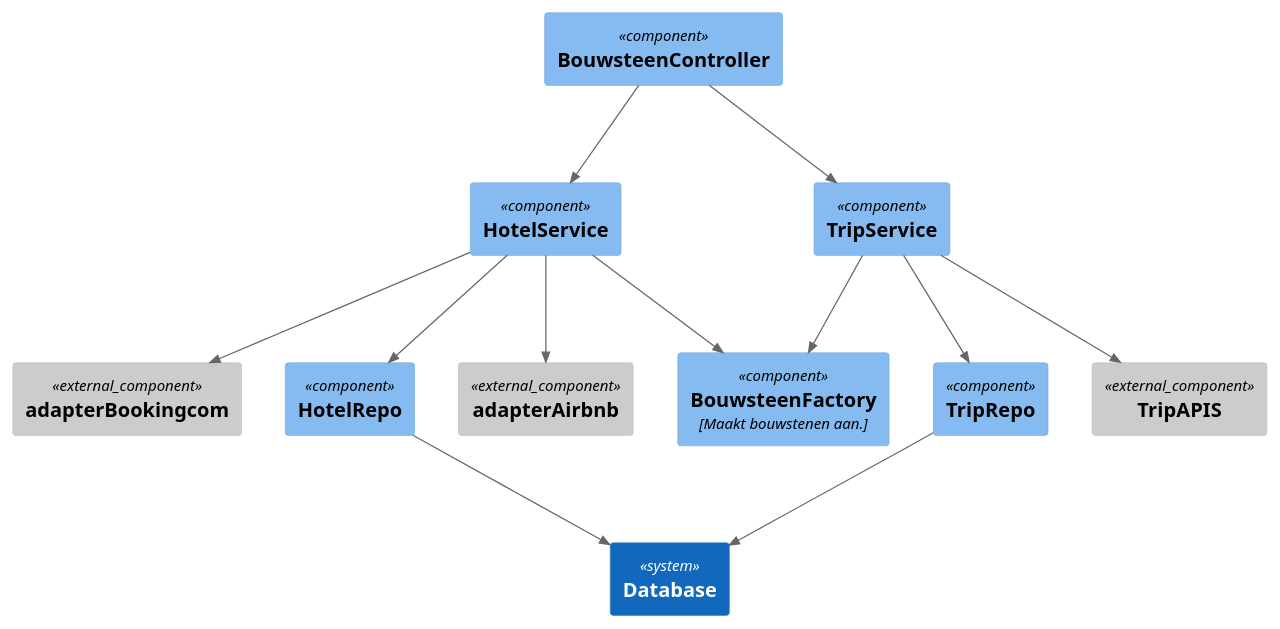
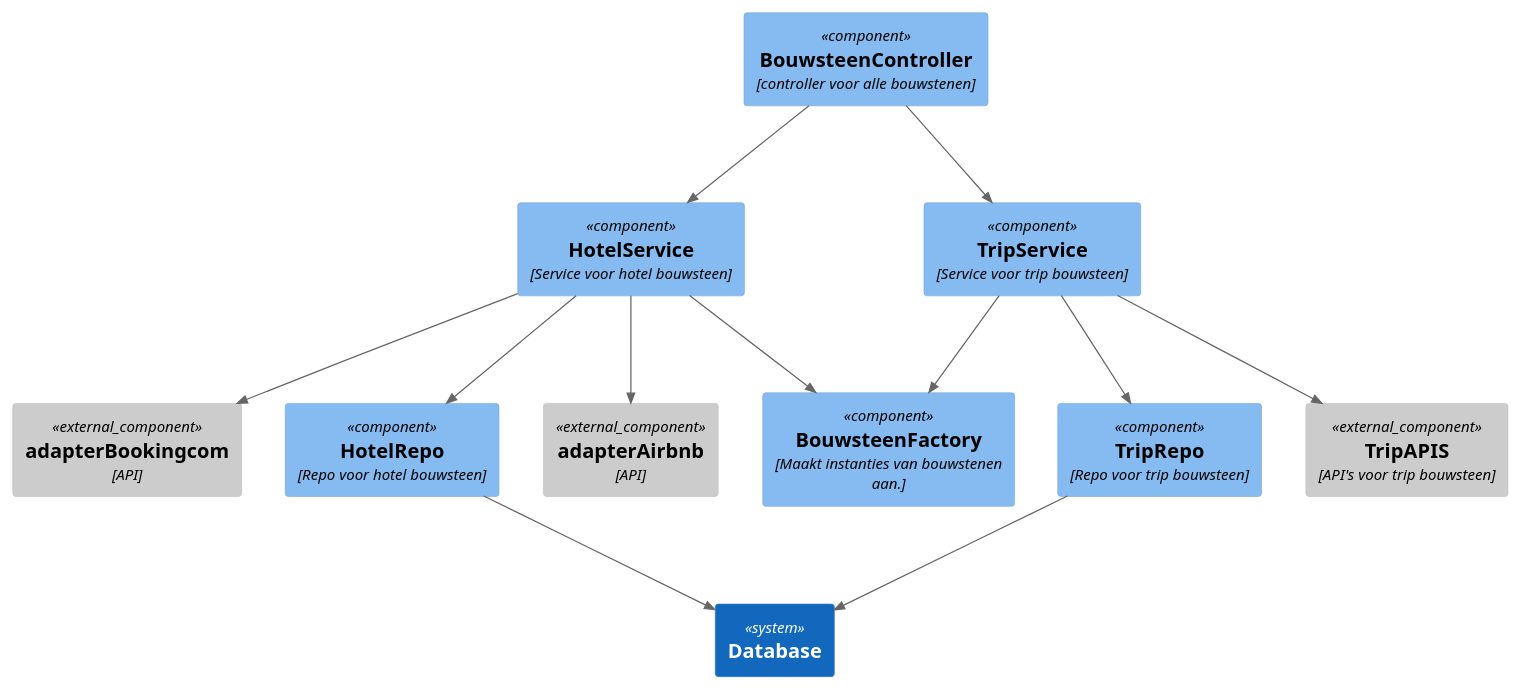
The diagram in opdracht-diagrammen/Diagrammen studenten/Week 2/Samengevoegd componentdiagram.puml (AIM-ENE-feb25/triptop-dravende-dikdiks), drawn with PlantUML before and after one commit.

Commit message:
Update Samengevoegd componentdiagram.puml

```diff
--- a/opdracht-diagrammen/Diagrammen studenten/Week 2/Samengevoegd componentdiagram.puml
+++ b/opdracht-diagrammen/Diagrammen studenten/Week 2/Samengevoegd componentdiagram.puml
@@ -1,37 +1,37 @@
 @startuml
 !include https://raw.githubusercontent.com/plantuml-stdlib/C4-PlantUML/master/C4_Component.puml
 
-Component("bc", "BouwsteenController")
-Component("hr", "HotelRepo")
-Component("tr", "TripRepo")
-Component("bsf", "BouwsteenFactory", "Maakt bouwstenen aan.")
-Component("hs", "HotelService")
-Component("ts", "TripService")
+Component("bc", "BouwsteenController", "controller voor alle bouwstenen")
+Component("hr", "HotelRepo", "Repo voor hotel bouwsteen")
+Component("tr", "TripRepo", "Repo voor trip bouwsteen")
+Component("bsf", "BouwsteenFactory", "Maakt instanties van bouwstenen aan.")
+Component("hs", "HotelService", "Service voor hotel bouwsteen")
+Component("ts", "TripService", "Service voor trip bouwsteen")
 
 
-Component_Ext("aa","adapterAirbnb")
-Component_Ext("ab","adapterBookingcom")
+Component_Ext("aa","adapterAirbnb", "API")
+Component_Ext("ab","adapterBookingcom", "API")
 
-Component_Ext("tapi","TripAPIS")
+Component_Ext("tapi","TripAPIS", "API's voor trip bouwsteen")
 
 System("db", "Database")
 
 Rel("hs", "ab", " ")
 Rel("hs", "aa", " ")
 
 Rel("bc", "hs", " ")
 Rel("bc", "ts", " ")
 
 Rel("hs", "bsf", " ")
 Rel("ts", "bsf", " ")
 
 Rel("ts", "tr", " ")
 Rel("hs", "hr", " ")
 
 Rel("ts", "tapi", " ")
 
 Rel("tr", "db", " ")
 Rel("hr", "db", " ")
 
 
 @enduml
```
